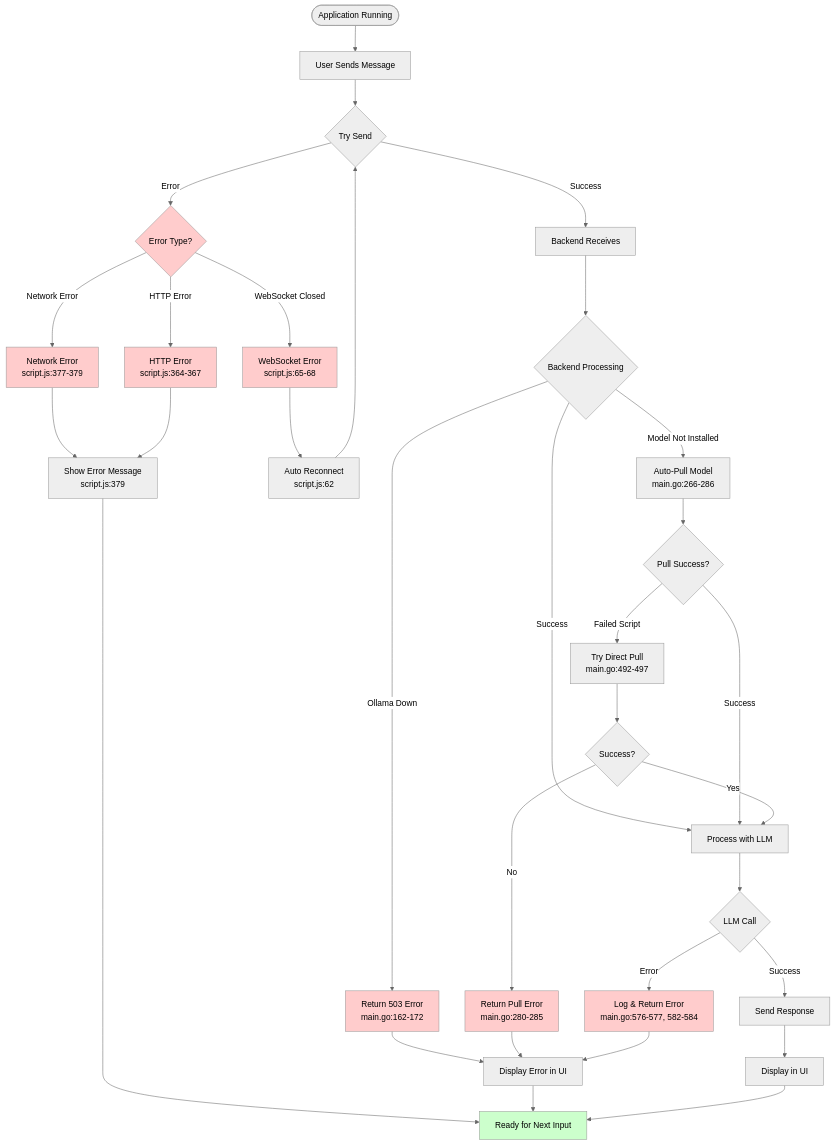
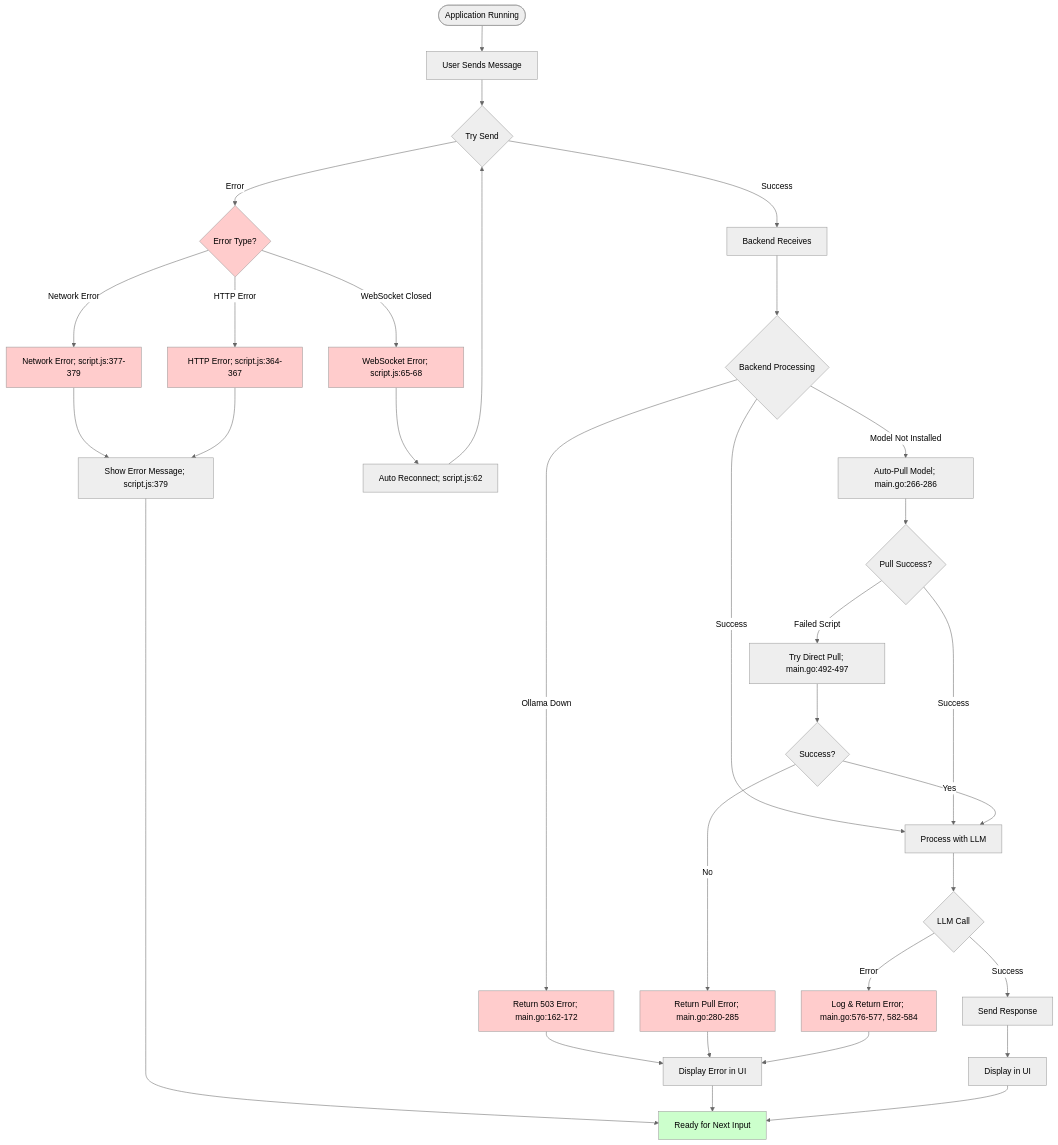
One commit to LinuxUser255/OllamaMax changed the sixth of 7 diagrams in docs/MERMAID_FLOW_DIAGRAMS.md. Above: the diagram before and after it, drawn with Mermaid (neutral theme). The commit also changed other lines of this file, not shown here.

First line of the commit message:
fix: Remove HTML br tags from Mermaid diagrams for GitHub compatibility

````diff
--- a/docs/MERMAID_FLOW_DIAGRAMS.md
+++ b/docs/MERMAID_FLOW_DIAGRAMS.md
@@ -368,60 +368,60 @@
 ```mermaid
 graph TB
     Start([Application Running])
     
     Start --> UserAction[User Sends Message]
     
     UserAction --> TrySend{Try Send}
     
     TrySend -->|Error| ErrorType{Error Type?}
     TrySend -->|Success| Backend[Backend Receives]
     
-    ErrorType -->|Network Error| NetError[Network Error<br/>script.js:377-379]
-    ErrorType -->|WebSocket Closed| WSError[WebSocket Error<br/>script.js:65-68]
-    ErrorType -->|HTTP Error| HTTPError[HTTP Error<br/>script.js:364-367]
+    ErrorType -->|Network Error| NetError[Network Error; script.js:377-379]
+    ErrorType -->|WebSocket Closed| WSError[WebSocket Error; script.js:65-68]
+    ErrorType -->|HTTP Error| HTTPError[HTTP Error; script.js:364-367]
     
-    NetError --> ShowError[Show Error Message<br/>script.js:379]
-    WSError --> Reconnect[Auto Reconnect<br/>script.js:62]
+    NetError --> ShowError[Show Error Message; script.js:379]
+    WSError --> Reconnect[Auto Reconnect; script.js:62]
     HTTPError --> ShowError
     
     Reconnect --> TrySend
     ShowError --> Ready[Ready for Next Input]
     
     Backend --> BackendProc{Backend Processing}
     
-    BackendProc -->|Model Not Installed| AutoPull[Auto-Pull Model<br/>main.go:266-286]
-    BackendProc -->|Ollama Down| OllamaError[Return 503 Error<br/>main.go:162-172]
+    BackendProc -->|Model Not Installed| AutoPull[Auto-Pull Model; main.go:266-286]
+    BackendProc -->|Ollama Down| OllamaError[Return 503 Error; main.go:162-172]
     BackendProc -->|Success| ProcessLLM[Process with LLM]
     
     AutoPull --> PullResult{Pull Success?}
     
     PullResult -->|Success| ProcessLLM
-    PullResult -->|Failed Script| Fallback[Try Direct Pull<br/>main.go:492-497]
+    PullResult -->|Failed Script| Fallback[Try Direct Pull; main.go:492-497]
     
     Fallback --> FallbackResult{Success?}
     FallbackResult -->|Yes| ProcessLLM
-    FallbackResult -->|No| PullError[Return Pull Error<br/>main.go:280-285]
+    FallbackResult -->|No| PullError[Return Pull Error; main.go:280-285]
     
     OllamaError --> DisplayError[Display Error in UI]
     PullError --> DisplayError
     
     ProcessLLM --> LLMResult{LLM Call}
     
-    LLMResult -->|Error| LLMError[Log & Return Error<br/>main.go:576-577, 582-584]
+    LLMResult -->|Error| LLMError[Log & Return Error; main.go:576-577, 582-584]
     LLMResult -->|Success| SendResponse[Send Response]
     
     LLMError --> DisplayError
     
     SendResponse --> DisplayMsg[Display in UI]
     DisplayError --> Ready
     DisplayMsg --> Ready
     
     style ErrorType fill:#ffcccc
     style NetError fill:#ffcccc
     style WSError fill:#ffcccc
     style HTTPError fill:#ffcccc
     style OllamaError fill:#ffcccc
     style PullError fill:#ffcccc
     style LLMError fill:#ffcccc
     style Ready fill:#ccffcc
 ```
````
